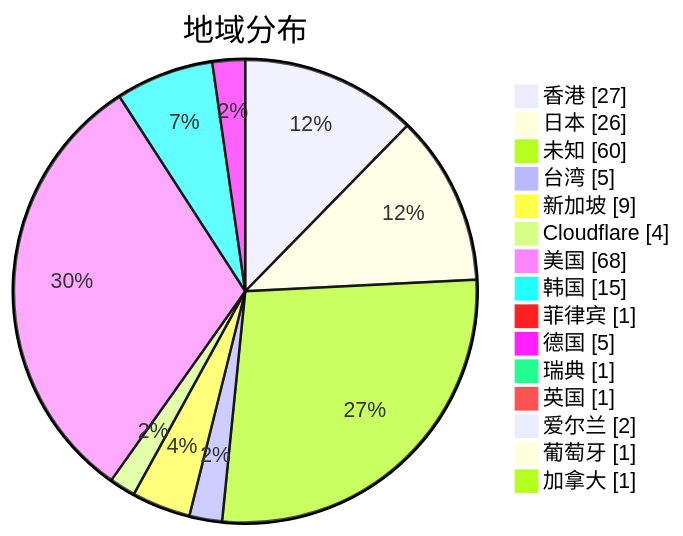
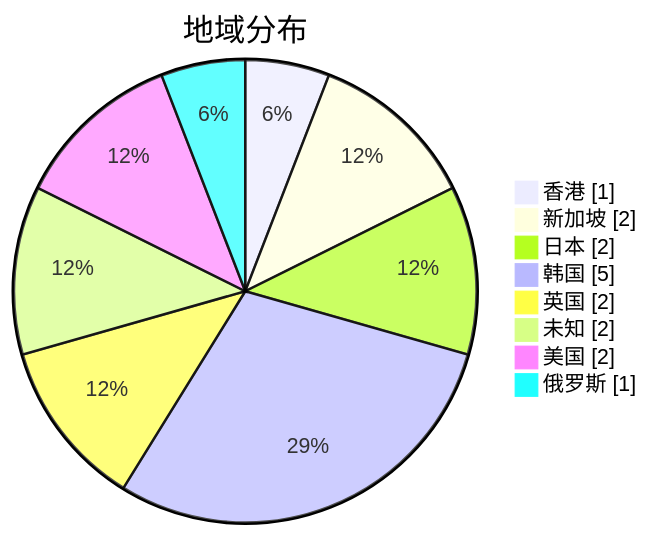
The second of 3 diagrams in subs/statistics/tested_within.md (sinspired/airport), drawn with Mermaid before and after one commit. The commit also changed other lines of this file and 2 other files, not shown here.

Commit message:
Tested by metaST

````diff
--- a/subs/statistics/tested_within.md
+++ b/subs/statistics/tested_within.md
@@ -11,19 +9,12 @@
 ```mermaid
 pie showData
 title 地域分布
-"香港" : 27
-"日本" : 26
-"未知" : 60
-"台湾" : 5
-"新加坡" : 9
-"Cloudflare" : 4
-"美国" : 68
-"韩国" : 15
-"菲律宾" : 1
-"德国" : 5
-"瑞典" : 1
-"英国" : 1
-"爱尔兰" : 2
-"葡萄牙" : 1
-"加拿大" : 1
+"香港" : 1
+"新加坡" : 2
+"日本" : 2
+"韩国" : 5
+"英国" : 2
+"未知" : 2
+"美国" : 2
+"俄罗斯" : 1
 ```
````
